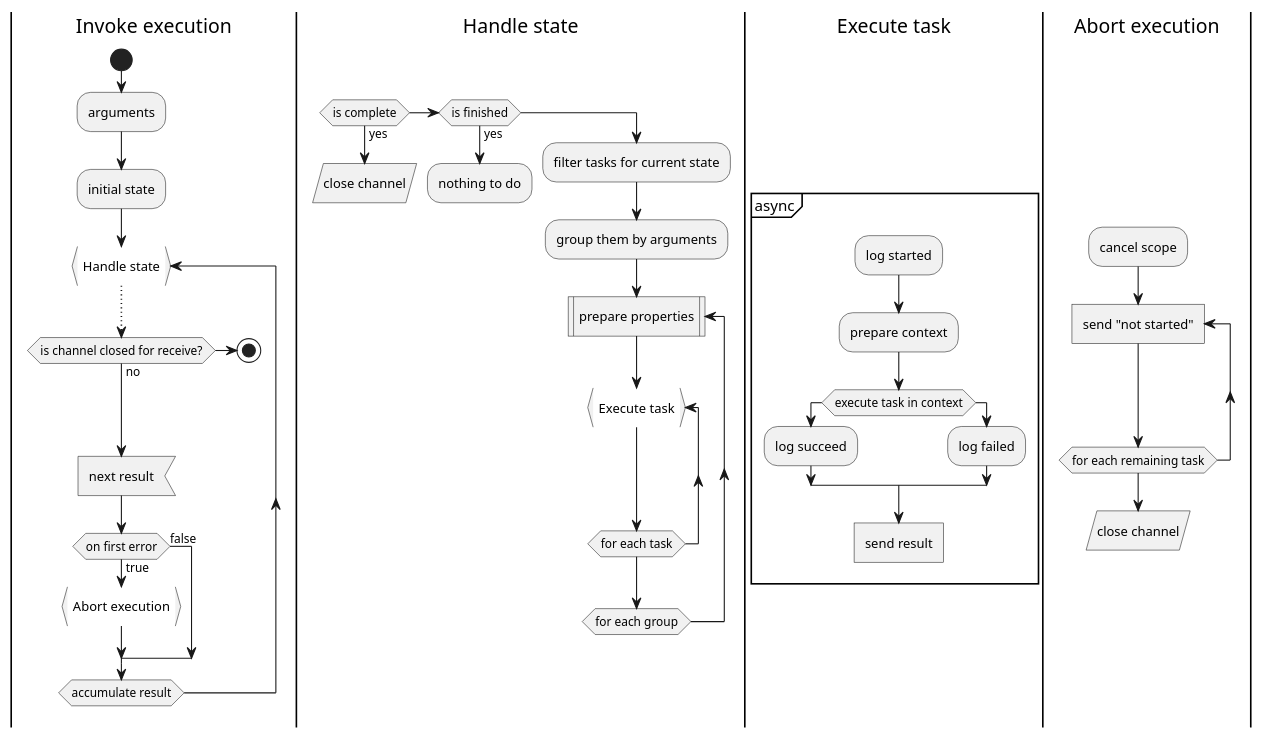
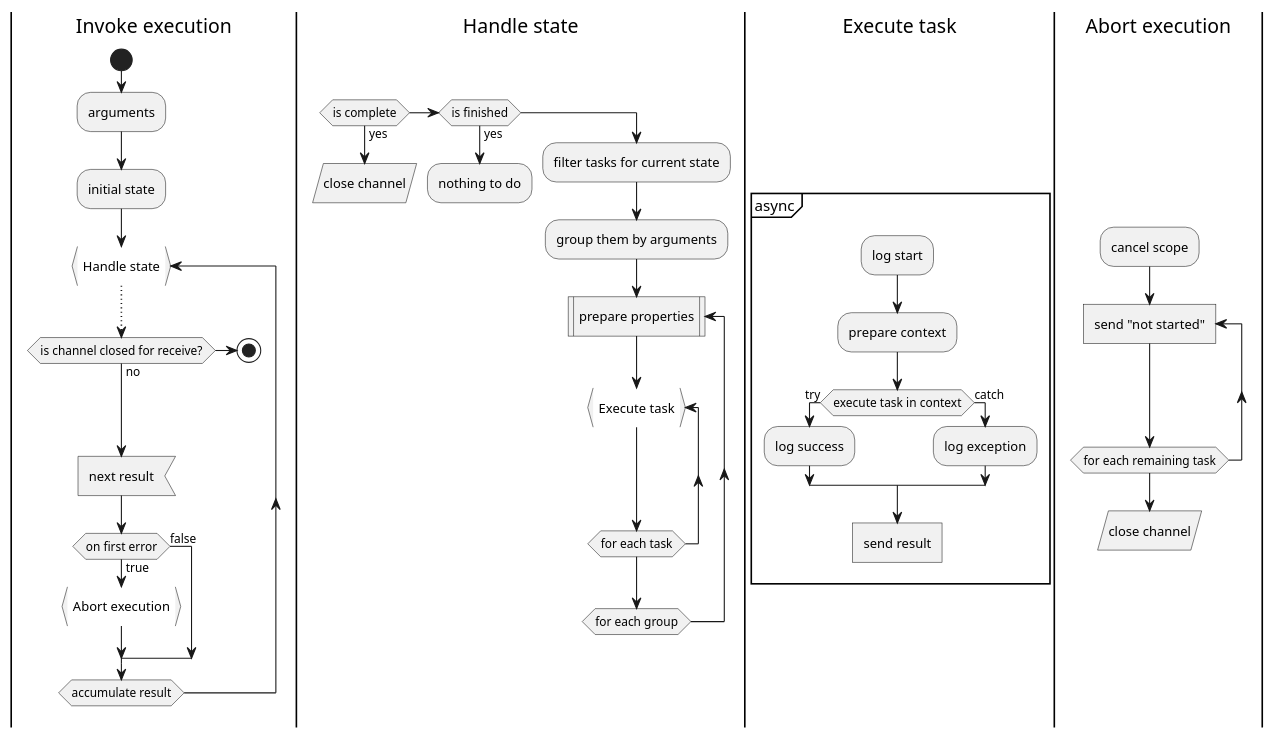
The diagram in docs/hld/parallel-execution.puml (Flank/flank), drawn with PlantUML before and after one commit. The commit also changed 6 other files, not shown here.

Commit message:
Make context dsl protected Split & Update diagram

```diff
--- a/docs/hld/parallel-execution.puml
+++ b/docs/hld/parallel-execution.puml
@@ -1,65 +1,65 @@
 @startuml
 skinparam ConditionEndStyle hline
 
 |Invoke execution|
 split
 -[hidden]->
 start
 :arguments;
 :initial state;
 repeat :Handle state}
 -[dotted]->
 if (is channel closed for receive?) then
 stop
 else (no)
 endif
 :next result<
 if (on first error) then (true)
 :Abort execution}
 else (false)
 endif
 repeat while (accumulate result)
 detach
 
 |Handle state|
 split again
 -[hidden]->
 if (is complete) then (yes)
 :close channel/
 elseif (is finished) then (yes)
 :nothing to do;
 detach
 else
 :filter tasks for current state;
 :group them by arguments;
 repeat :prepare properties|
 repeat :Execute task}
 repeat while (for each task)
 repeat while (for each group)
 endif
 detach
 
 |Execute task|
 split again
 -[hidden]->
 partition async {
-:log started;
+:log start;
 :prepare context;
-if (execute task in context)
-:log succeed;
-else
-:log failed;
+if (execute task in context) then (try)
+:log success;
+else (catch)
+:log exception;
 endif
 :send result]
 detach
 }
 
 |Abort execution|
 split again
 -[hidden]->
 :cancel scope;
 repeat :send "not started"]
 repeat while (for each remaining task)
 :close channel/
 detach
 @enduml
```
